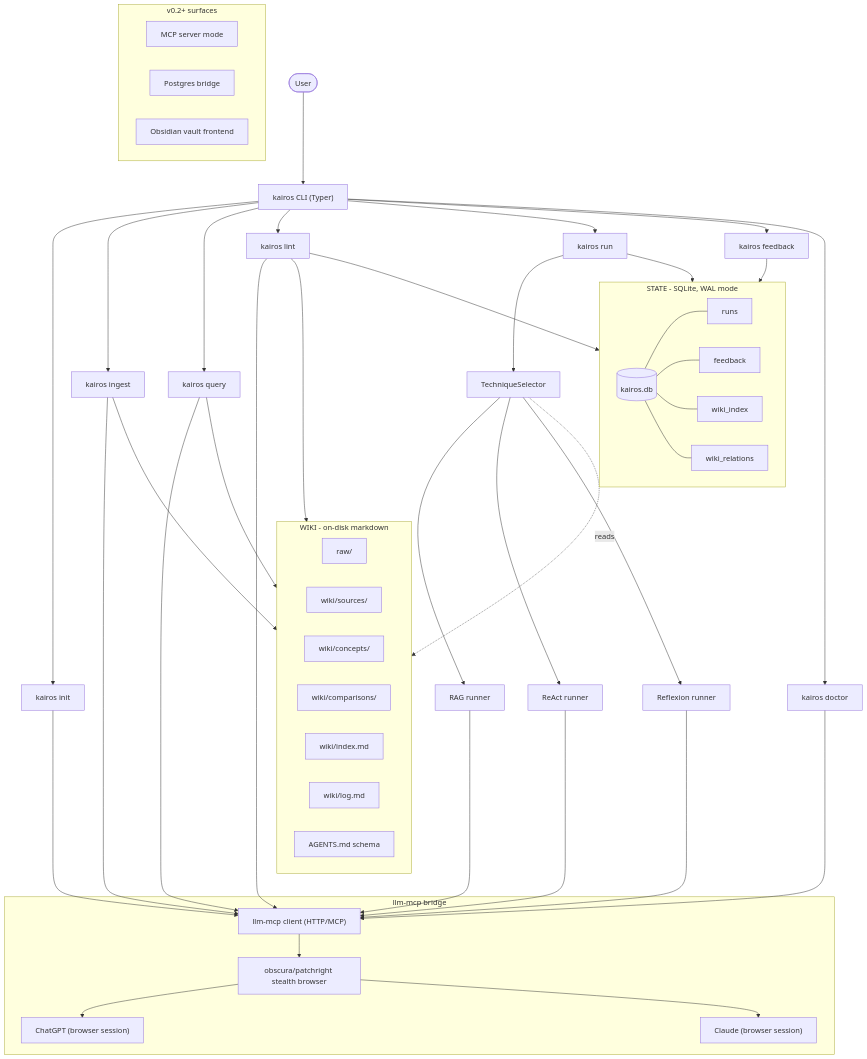
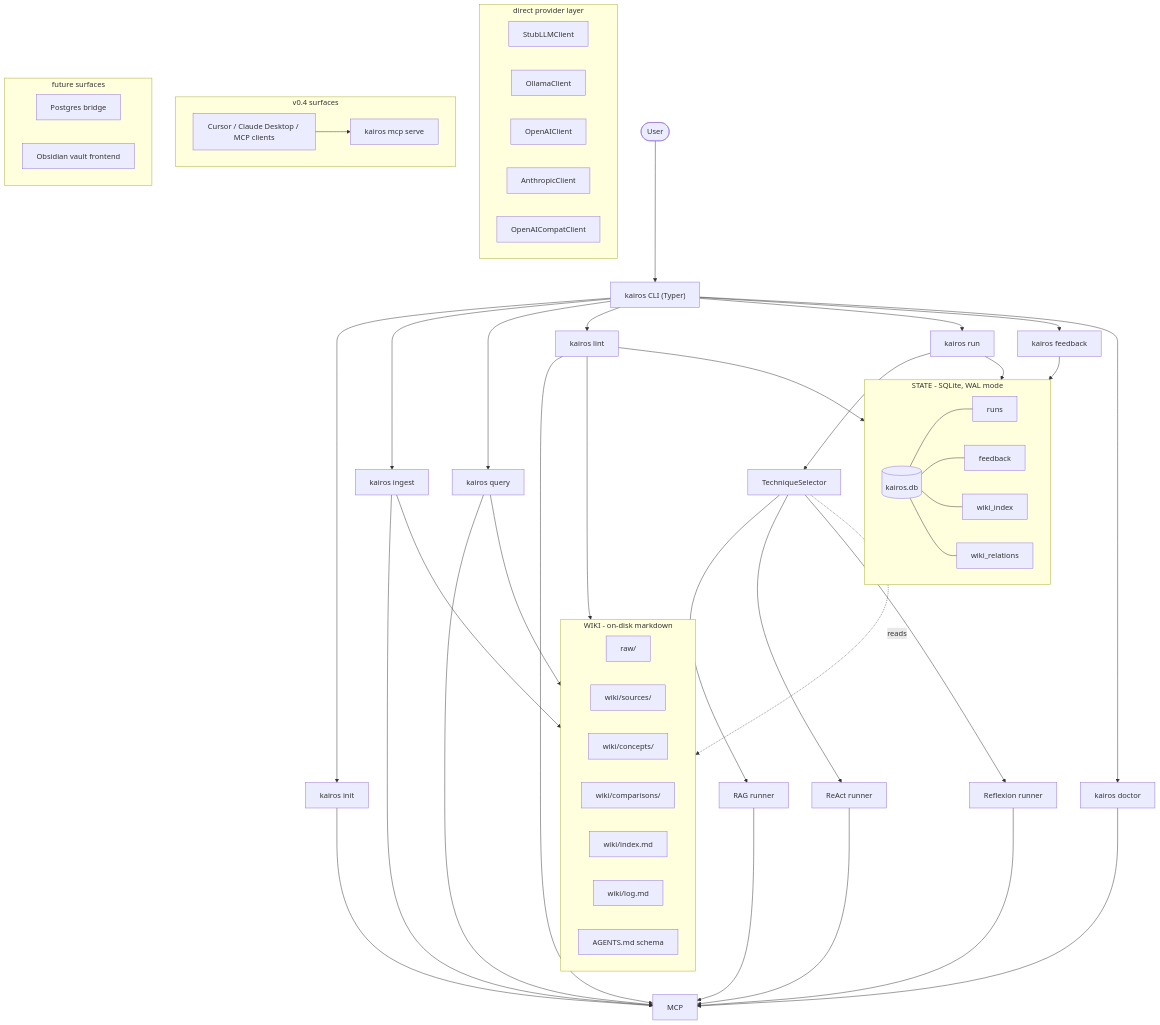
The second of 3 diagrams in docs/architecture.md (vinothhacks/kairos), drawn with Mermaid before and after one commit. The commit also changed other lines of this file and 59 other files, not shown here.

Commit message:
release: v0.4.0 direct backends and MCP server

````diff
--- a/docs/architecture.md
+++ b/docs/architecture.md
@@ -46,73 +47,76 @@
 ```mermaid
 flowchart TB
     User([User]) --> CLI["kairos CLI (Typer)"]
 
     CLI --> Init[kairos init]
     CLI --> Ingest[kairos ingest]
     CLI --> Query[kairos query]
     CLI --> Lint[kairos lint]
     CLI --> Run[kairos run]
     CLI --> Feedback[kairos feedback]
     CLI --> Doctor[kairos doctor]
 
     Run --> Selector[TechniqueSelector]
     Selector -.reads.-> WIKI
 
     Selector --> RAG[RAG runner]
     Selector --> ReAct[ReAct runner]
     Selector --> Reflexion[Reflexion runner]
 
     Init --> MCP
     Ingest --> MCP
     Query --> WIKI
     Query --> MCP
     Lint --> WIKI
     Lint --> MCP
     RAG --> MCP
     ReAct --> MCP
     Reflexion --> MCP
     Doctor --> MCP
 
     Ingest --> WIKI
     Lint --> STATE
     Run --> STATE
     Feedback --> STATE
 
     subgraph WIKI [WIKI - on-disk markdown]
         Raw[raw/]
         Sources[wiki/sources/]
         Concepts[wiki/concepts/]
         Comparisons[wiki/comparisons/]
         IndexMd[wiki/index.md]
         LogMd[wiki/log.md]
         Schema[AGENTS.md schema]
     end
 
     subgraph STATE [STATE - SQLite, WAL mode]
         DB[(kairos.db)]
         Runs[runs]
         FbT[feedback]
         WIT[wiki_index]
         WRT[wiki_relations]
         DB --- Runs
         DB --- FbT
         DB --- WIT
         DB --- WRT
     end
 
-    subgraph llmmcp [llm-mcp bridge]
-        MCP["llm-mcp client (HTTP/MCP)"]
-        Stealth["obscura/patchright stealth browser"]
-        ChatGPT["ChatGPT (browser session)"]
-        ClaudeNode["Claude (browser session)"]
-        MCP --> Stealth
-        Stealth --> ChatGPT
-        Stealth --> ClaudeNode
+    subgraph providers [direct provider layer]
+        Stub["StubLLMClient"]
+        Ollama["OllamaClient"]
+        OpenAI["OpenAIClient"]
+        Anthropic["AnthropicClient"]
+        Compat["OpenAICompatClient"]
     end
 
-    subgraph future_v02 [v0.2+ surfaces]
-        MCPServer["MCP server mode"]
+    subgraph current_v04 [v0.4 surfaces]
+        MCPServer["kairos mcp serve"]
+        Cursor["Cursor / Claude Desktop / MCP clients"]
+        Cursor --> MCPServer
+    end
+
+    subgraph future [future surfaces]
         Postgres["Postgres bridge"]
         Obsidian["Obsidian vault frontend"]
     end
 ```
````
